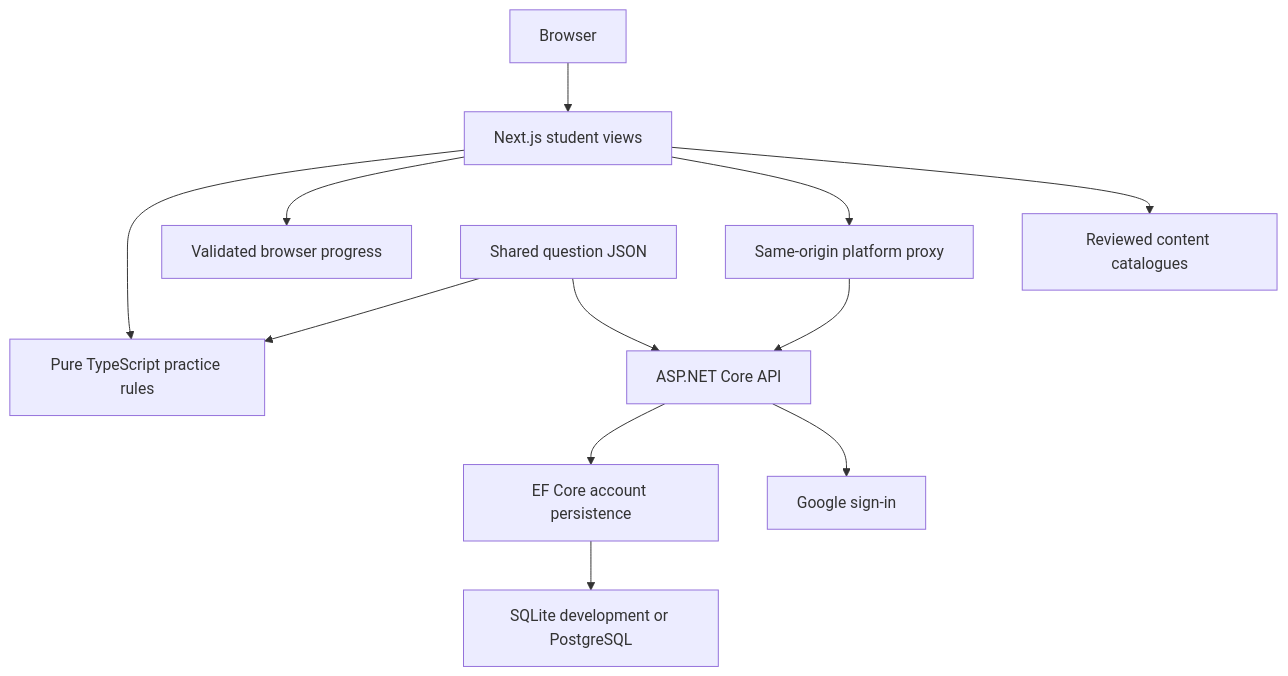
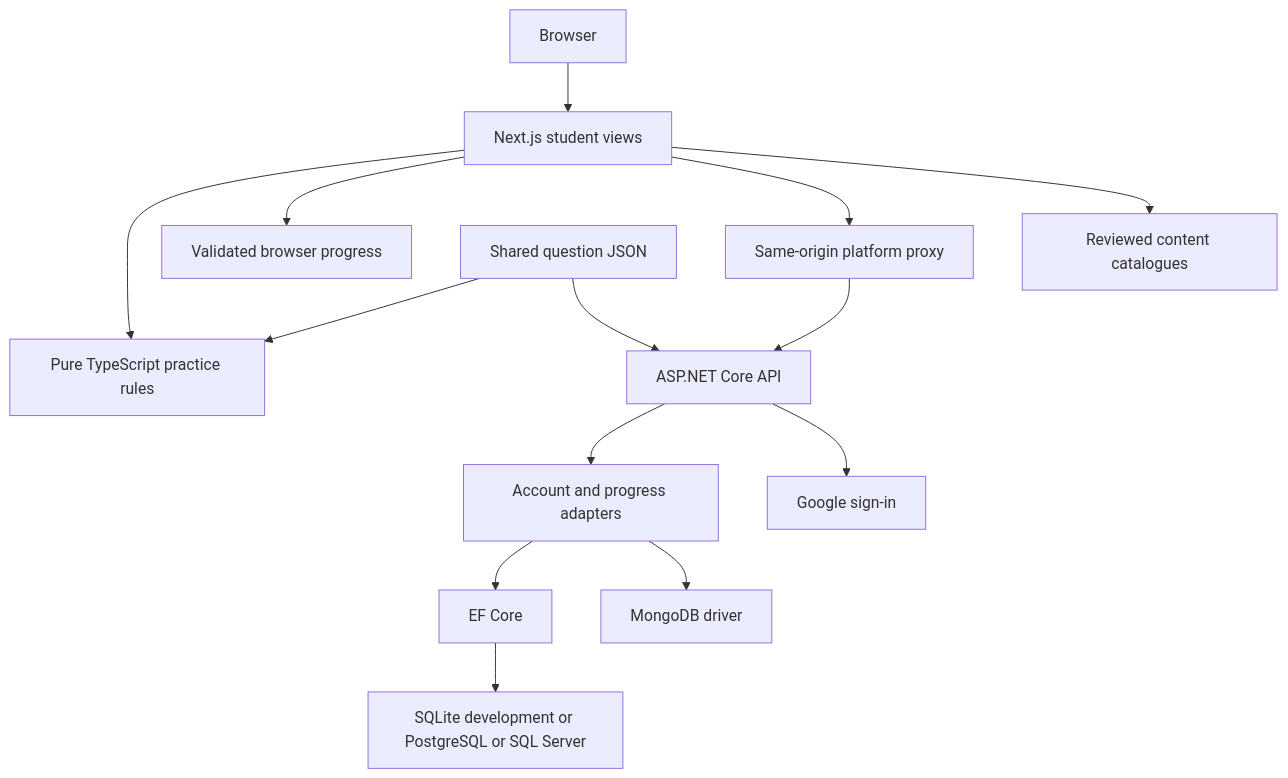
One commit to Coding-Professional/procoderji changed the diagram in docs/architecture.md. Above: the diagram before and after it, drawn with Mermaid. The commit also changed other lines of this file and 40 other files, not shown here.

Commit message:
feat: containerize API and add database options

````diff
--- a/docs/architecture.md
+++ b/docs/architecture.md
@@ -9,14 +9,16 @@
 ```mermaid
 flowchart TD
   Browser --> Frontend[Next.js student views]
   Frontend --> Practice[Pure TypeScript practice rules]
   Frontend --> Local[Validated browser progress]
   Frontend --> BFF[Same-origin platform proxy]
   BFF --> API[ASP.NET Core API]
-  API --> EF[EF Core account persistence]
-  EF --> Database[SQLite development or PostgreSQL]
+  API --> Stores[Account and progress adapters]
+  Stores --> EF[EF Core]
+  EF --> Database[SQLite development or PostgreSQL or SQL Server]
+  Stores --> Mongo[MongoDB driver]
   API --> Google[Google sign-in]
   Questions[Shared question JSON] --> Practice
   Questions --> API
   Frontend --> Content[Reviewed content catalogues]
 ```
````
